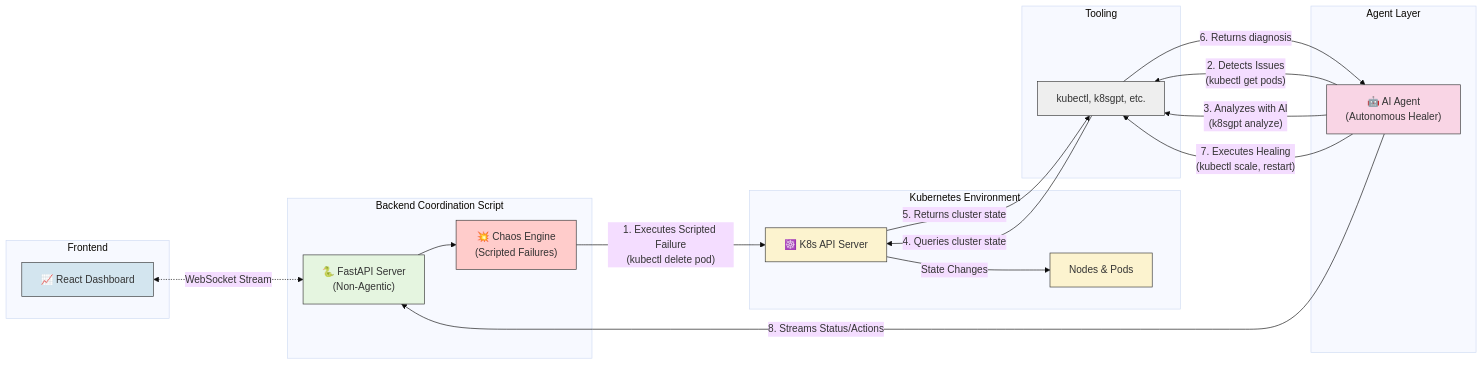
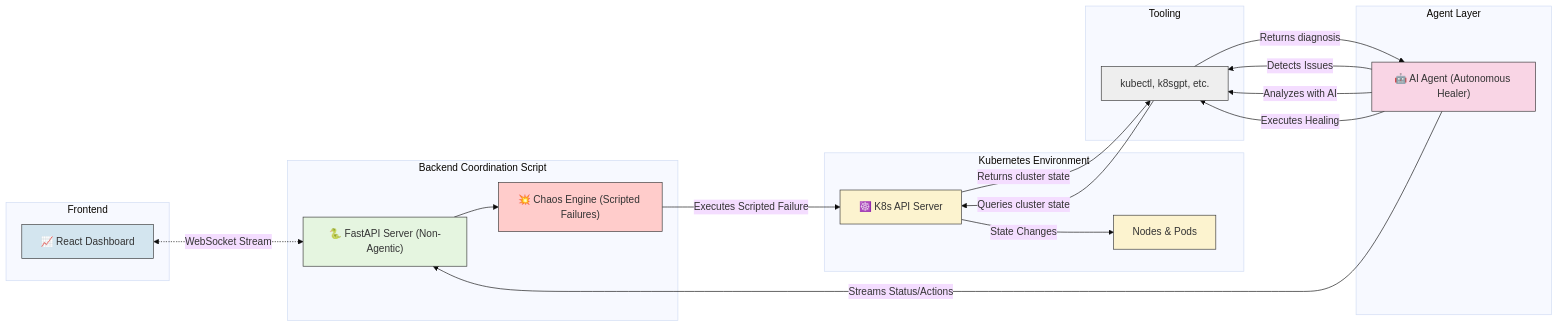
Before and after one commit to Unobtainiumrock/kubernetes-agentic-swam-yc-hackathon: the second of 4 diagrams in README.md, drawn with Mermaid (base theme).

````diff
--- a/README.md
+++ b/README.md
@@ -53,56 +53,56 @@
 ```mermaid
 graph LR
     subgraph "Frontend"
         UI["📈 React Dashboard"]
     end
 
     subgraph "Backend Coordination Script"
-        Orchestrator["🐍 FastAPI Server<br/>(Non-Agentic)"]
-        ChaosEngine["💥 Chaos Engine<br/>(Scripted Failures)"]
+        Orchestrator["🐍 FastAPI Server (Non-Agentic)"]
+        ChaosEngine["💥 Chaos Engine (Scripted Failures)"]
     end
 
     subgraph "Agent Layer"
-        Agent["🤖 AI Agent<br/>(Autonomous Healer)"]
+        Agent["🤖 AI Agent (Autonomous Healer)"]
     end
 
     subgraph "Kubernetes Environment"
        K8sAPI["☸️ K8s API Server"]
        ClusterNodes["Nodes & Pods"]
     end
 
     subgraph "Tooling"
         Tools["kubectl, k8sgpt, etc."]
     end
 
     UI <-.->|WebSocket Stream| Orchestrator
     
     %% Non-agentic script manages demo and chaos
     Orchestrator --> ChaosEngine
-    ChaosEngine -- "1. Executes Scripted Failure<br/>(kubectl delete pod)" --> K8sAPI
+    ChaosEngine -- "Executes Scripted Failure" --> K8sAPI
     
     %% AI Agent operates independently 
-    Agent -- "2. Detects Issues<br/>(kubectl get pods)" --> Tools
-    Agent -- "3. Analyzes with AI<br/>(k8sgpt analyze)" --> Tools
-    Tools -- "4. Queries cluster state" --> K8sAPI
-    K8sAPI -- "5. Returns cluster state" --> Tools
-    Tools -- "6. Returns diagnosis" --> Agent
+    Agent -- "Detects Issues" --> Tools
+    Agent -- "Analyzes with AI" --> Tools
+    Tools -- "Queries cluster state" --> K8sAPI
+    K8sAPI -- "Returns cluster state" --> Tools
+    Tools -- "Returns diagnosis" --> Agent
     
-    Agent -- "7. Executes Healing<br/>(kubectl scale, restart)" --> Tools
-    Agent -- "8. Streams Status/Actions" --> Orchestrator
+    Agent -- "Executes Healing" --> Tools
+    Agent -- "Streams Status/Actions" --> Orchestrator
 
     K8sAPI -- "State Changes" --> ClusterNodes
 
     classDef ui fill:#d3e5ef,stroke:#333,stroke-width:1px
     classDef backend fill:#e5f5e0,stroke:#333,stroke-width:1px
     classDef chaos fill:#ffcccb,stroke:#333,stroke-width:1px
     classDef agent fill:#f9d5e5,stroke:#333,stroke-width:1px
     classDef k8s fill:#fcf3cf,stroke:#333,stroke-width:1px
     classDef tools fill:#eeeeee,stroke:#333,stroke-width:1px
 
     class UI ui
     class Orchestrator backend
     class ChaosEngine chaos
     class Agent agent
     class K8sAPI,ClusterNodes k8s
     class Tools tools
 ```
````
